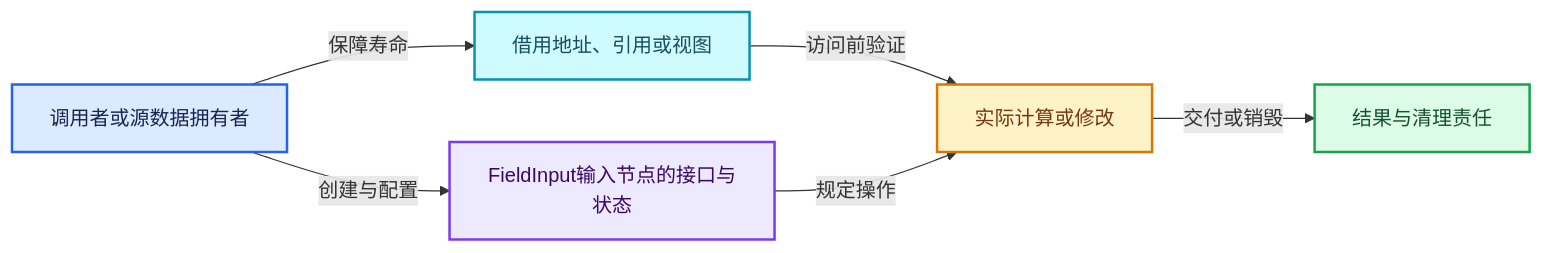
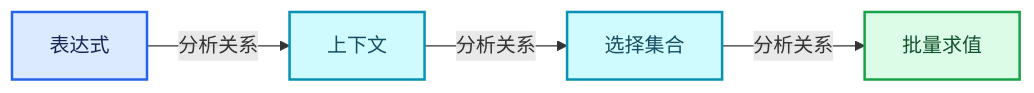
Before and after one commit to yunkezengren/blender-.vscode: the third of 4 diagrams in 杂/markdown/全面学习-codex/08-Field表达式与求值/04-FieldInput输入节点.md, drawn with Mermaid. The commit also changed other lines of this file and 1930 other files, not shown here.

````diff
--- a/杂/markdown/全面学习-codex/08-Field表达式与求值/04-FieldInput输入节点.md
+++ b/杂/markdown/全面学习-codex/08-Field表达式与求值/04-FieldInput输入节点.md
@@ -266,19 +57,16 @@
 ```mermaid
 flowchart LR
-  O["调用者或源数据拥有者"]:::input
-  V["FieldInput输入节点的接口与状态"]:::abstraction
-  B["借用地址、引用或视图"]:::data
-  W["实际计算或修改"]:::compute
-  R["结果与清理责任"]:::result
-  O -->|"创建与配置"| V
-  O -->|"保障寿命"| B
-  B -->|"访问前验证"| W
-  V -->|"规定操作"| W
-  W -->|"交付或销毁"| R
+  P0["表达式"]:::input
+  P1["上下文"]:::data
+  P2["选择集合"]:::data
+  P3["批量求值"]:::result
+  P0 -->|"分析关系"| P1
+  P1 -->|"分析关系"| P2
+  P2 -->|"分析关系"| P3
   classDef input fill:#DBEAFE,stroke:#2563EB,color:#172554,stroke-width:2px;
   classDef data fill:#CFFAFE,stroke:#0891B2,color:#164E63,stroke-width:2px;
   classDef abstraction fill:#EDE9FE,stroke:#7C3AED,color:#3B0764,stroke-width:2px;
   classDef compute fill:#FEF3C7,stroke:#D97706,color:#78350F,stroke-width:2px;
   classDef result fill:#DCFCE7,stroke:#16A34A,color:#14532D,stroke-width:2px;
   classDef error fill:#FEE2E2,stroke:#DC2626,color:#7F1D1D,stroke-width:2px;
 ```
````
